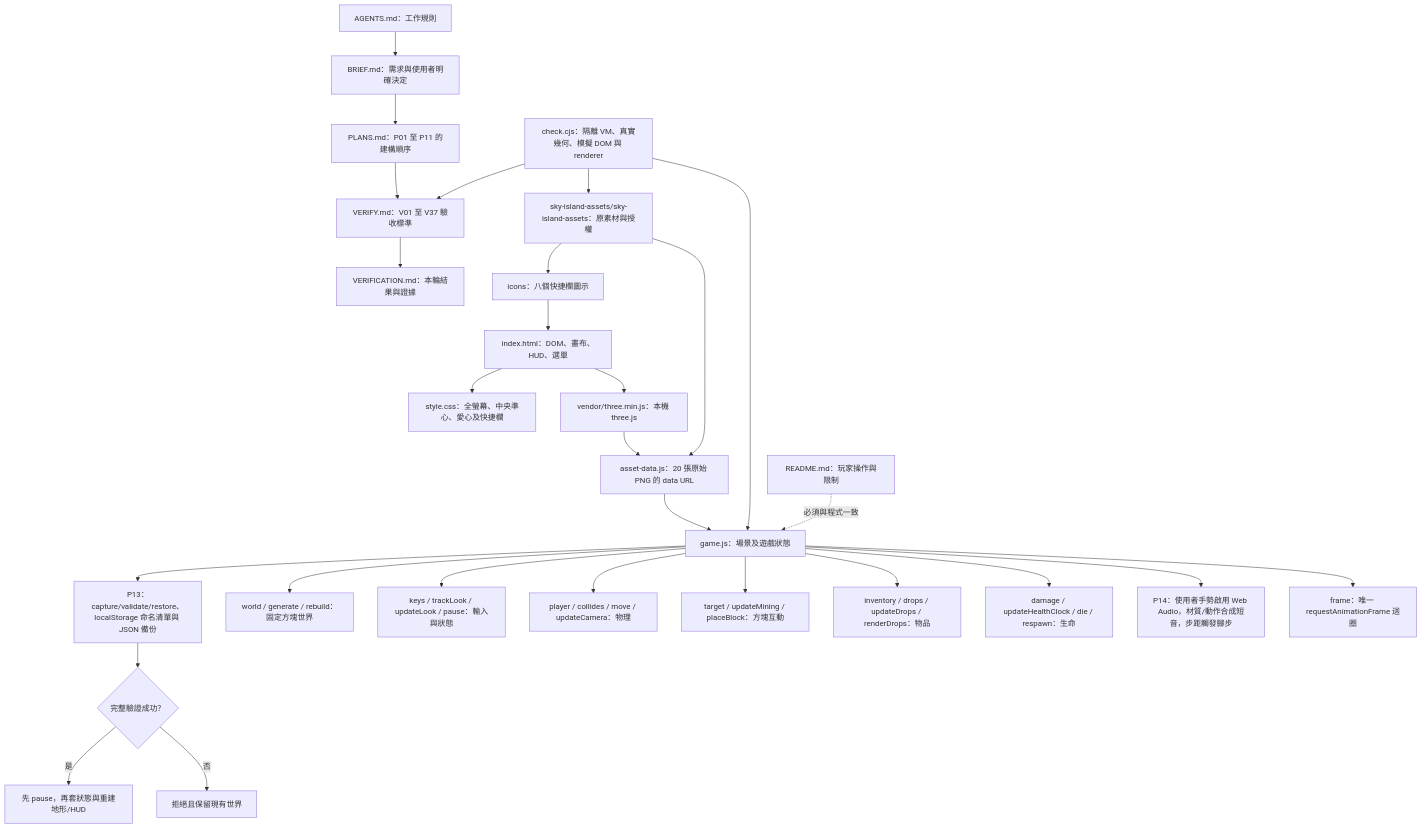
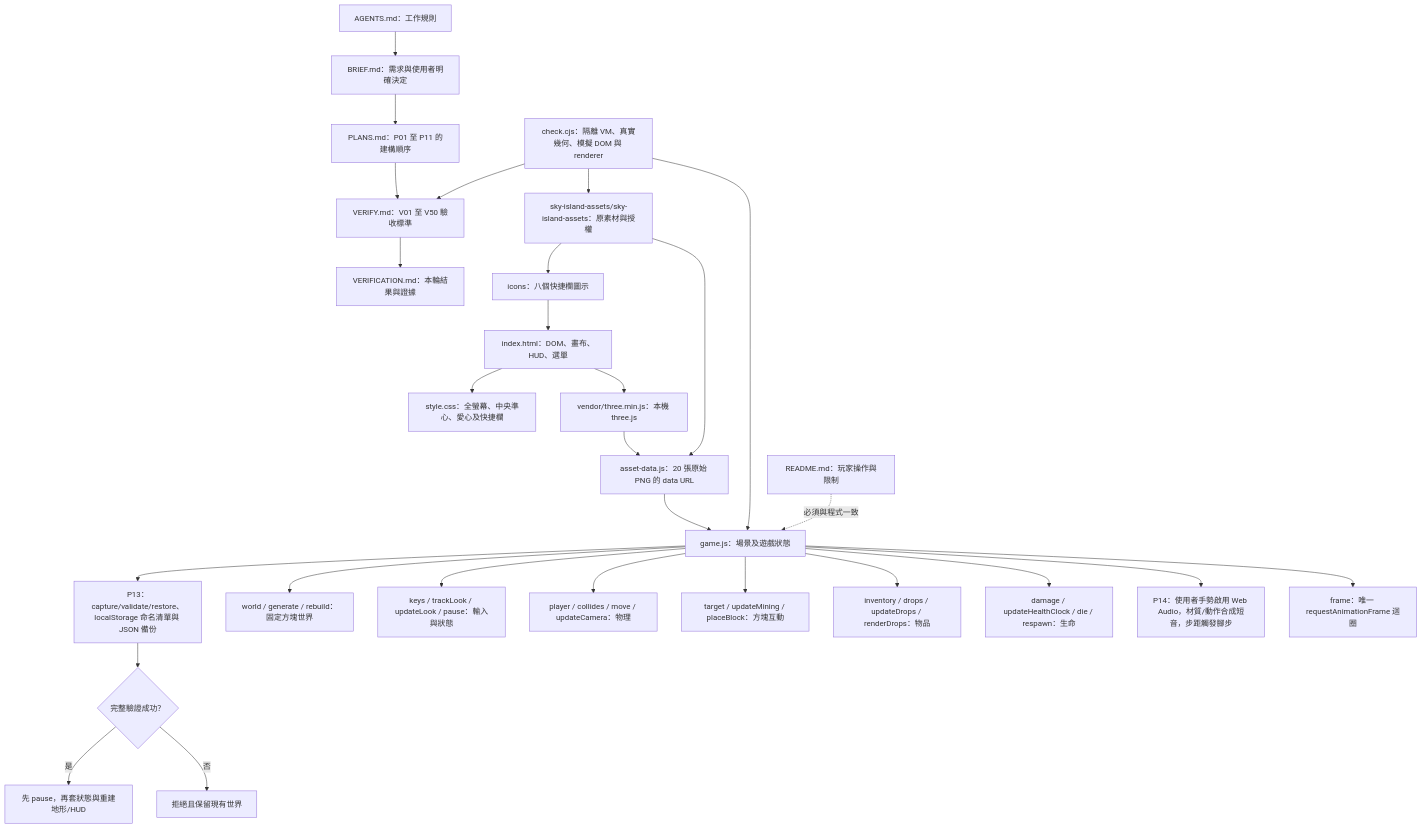
One commit to Fox9009xoF-Y/1022SkyIsland changed the first of 8 diagrams in MERMAID.md. Above: the diagram before and after it, drawn with Mermaid. The commit also changed other lines of this file and 9 other files, not shown here.

````diff
--- a/MERMAID.md
+++ b/MERMAID.md
@@ -9,30 +9,30 @@
 ```mermaid
 flowchart TB
   rules["AGENTS.md：工作規則"] --> brief["BRIEF.md：需求與使用者明確決定"]
   brief --> plan["PLANS.md：P01 至 P11 的建構順序"]
-  plan --> verify["VERIFY.md：V01 至 V37 驗收標準"]
+  plan --> verify["VERIFY.md：V01 至 V50 驗收標準"]
   verify --> report["VERIFICATION.md：本輪結果與證據"]
   html["index.html：DOM、畫布、HUD、選單"] --> css["style.css：全螢幕、中央準心、愛心及快捷欄"]
   html --> three["vendor/three.min.js：本機 three.js"]
   three --> data["asset-data.js：20 張原始 PNG 的 data URL"]
   data --> game["game.js：場景及遊戲狀態"]
   source["sky-island-assets/sky-island-assets：原素材與授權"] --> data
   source --> icons["icons：八個快捷欄圖示"]
   icons --> html
   game --> saves["P13：capture/validate/restore、localStorage 命名清單與 JSON 備份"]
   saves --> validSave{"完整驗證成功？"}
   validSave -->|是| restore["先 pause，再套狀態與重建地形/HUD"]
   validSave -->|否| intact["拒絕且保留現有世界"]
   game --> world["world / generate / rebuild：固定方塊世界"]
   game --> control["keys / trackLook / updateLook / pause：輸入與狀態"]
   game --> physics["player / collides / move / updateCamera：物理"]
   game --> interact["target / updateMining / placeBlock：方塊互動"]
   game --> items["inventory / drops / updateDrops / renderDrops：物品"]
   game --> life["damage / updateHealthClock / die / respawn：生命"]
   game --> audio["P14：使用者手勢啟用 Web Audio，材質/動作合成短音，步距觸發腳步"]
   game --> loop["frame：唯一 requestAnimationFrame 迴圈"]
   tests["check.cjs：隔離 VM、真實幾何、模擬 DOM 與 renderer"] --> game
   tests --> verify
   tests --> source
   readme["README.md：玩家操作與限制"] -. "必須與程式一致" .-> game
 ```
````
